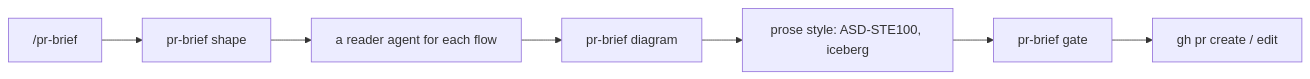
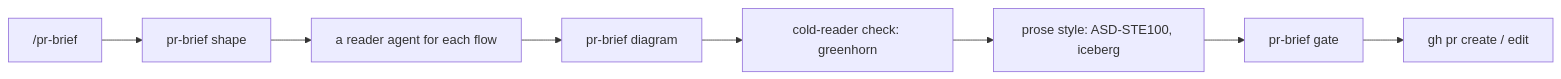
Before and after one commit to gagoar/pr-brief: the second of 6 diagrams in README.md, drawn with Mermaid. The commit also changed other lines of this file and 3 other files, not shown here.

````diff
--- a/README.md
+++ b/README.md
@@ -128,9 +128,10 @@
 ```mermaid
 graph LR
   A["/pr-brief"] --> B["pr-brief shape"]
   B --> C["a reader agent for each flow"]
   C --> D["pr-brief diagram"]
-  D --> E["prose style: ASD-STE100, iceberg"]
+  D --> H["cold-reader check: greenhorn"]
+  H --> E["prose style: ASD-STE100, iceberg"]
   E --> F["pr-brief gate"]
   F --> G["gh pr create / edit"]
 ```
````
